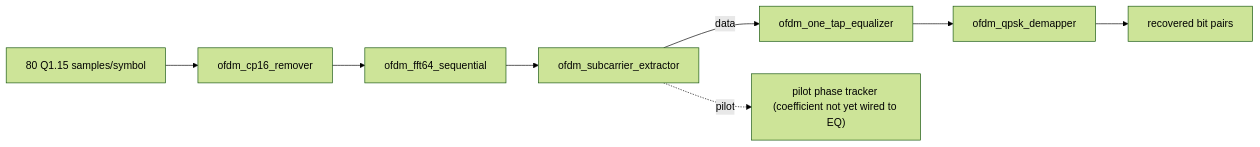
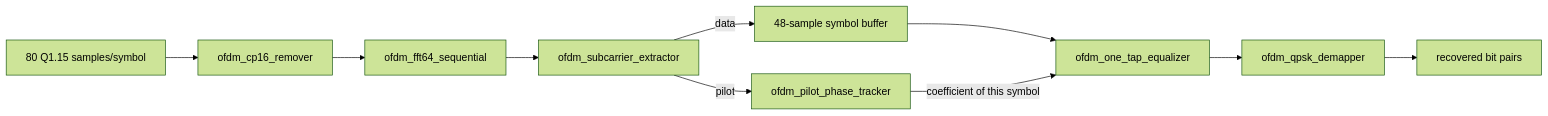
The second of 2 diagrams in blocks/block_08_modulation_and_synchronization/lab_8_14_ofdm_rtl_chain.md (Lay007/zynq-sdr-course), drawn with Mermaid (forest theme) before and after one commit. The commit also changed other lines of this file and 1 other file, not shown here.

Commit message:
Lab 8.14: pilot-corrected RX chain, stage 2b loopback and updated checklist (EN and RU)

````diff
--- a/blocks/block_08_modulation_and_synchronization/lab_8_14_ofdm_rtl_chain.md
+++ b/blocks/block_08_modulation_and_synchronization/lab_8_14_ofdm_rtl_chain.md
@@ -40,10 +40,12 @@
 ```mermaid
 flowchart LR
     IN["80 Q1.15 samples/symbol"] --> CPR[ofdm_cp16_remover]
     CPR --> FFT[ofdm_fft64_sequential]
     FFT --> EXT[ofdm_subcarrier_extractor]
-    EXT -->|data| EQ[ofdm_one_tap_equalizer]
-    EXT -.->|pilot| PILOT["pilot phase tracker (coefficient not yet wired to EQ)"]
+    EXT -->|data| BUF["48-sample symbol buffer"]
+    EXT -->|pilot| PILOT[ofdm_pilot_phase_tracker]
+    BUF --> EQ[ofdm_one_tap_equalizer]
+    PILOT -->|"coefficient of this symbol"| EQ
     EQ --> DEMAP[ofdm_qpsk_demapper]
     DEMAP --> BITS["recovered bit pairs"]
 ```
````
